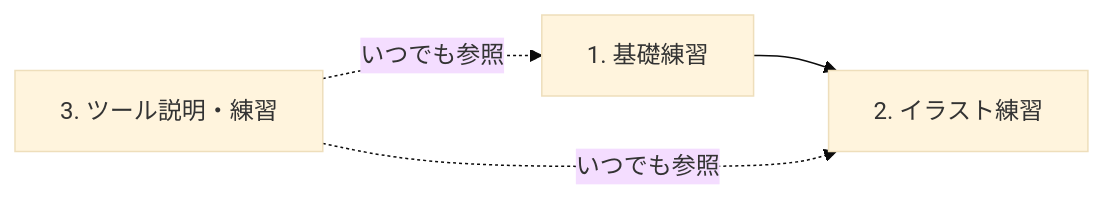
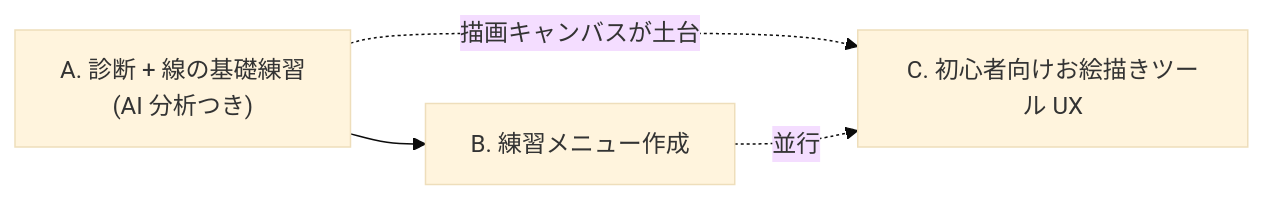
Before and after one commit to fujibayashi-ast/paint-training: the first of 2 diagrams in docs/requirements.md, drawn with Mermaid (base theme). The commit also changed other lines of this file and 3 other files, not shown here.

First line of the commit message:
docs: 要件調査の結果を requirements.md / architecture.md に反映 (#7)

````diff
--- a/docs/requirements.md
+++ b/docs/requirements.md
@@ -11,7 +28,6 @@
 ```mermaid
 flowchart LR
-  A[1. 基礎練習] --> B[2. イラスト練習]
-  C[3. ツール説明・練習]
-  C -.いつでも参照.-> A
-  C -.いつでも参照.-> B
+  A["A. 診断 + 線の基礎練習<br/>(AI 分析つき)"] --> B["B. 練習メニュー作成"]
+  A -. 描画キャンバスが土台 .-> C["C. 初心者向けお絵描きツール UX"]
+  B -. 並行 .-> C
 ```
````
